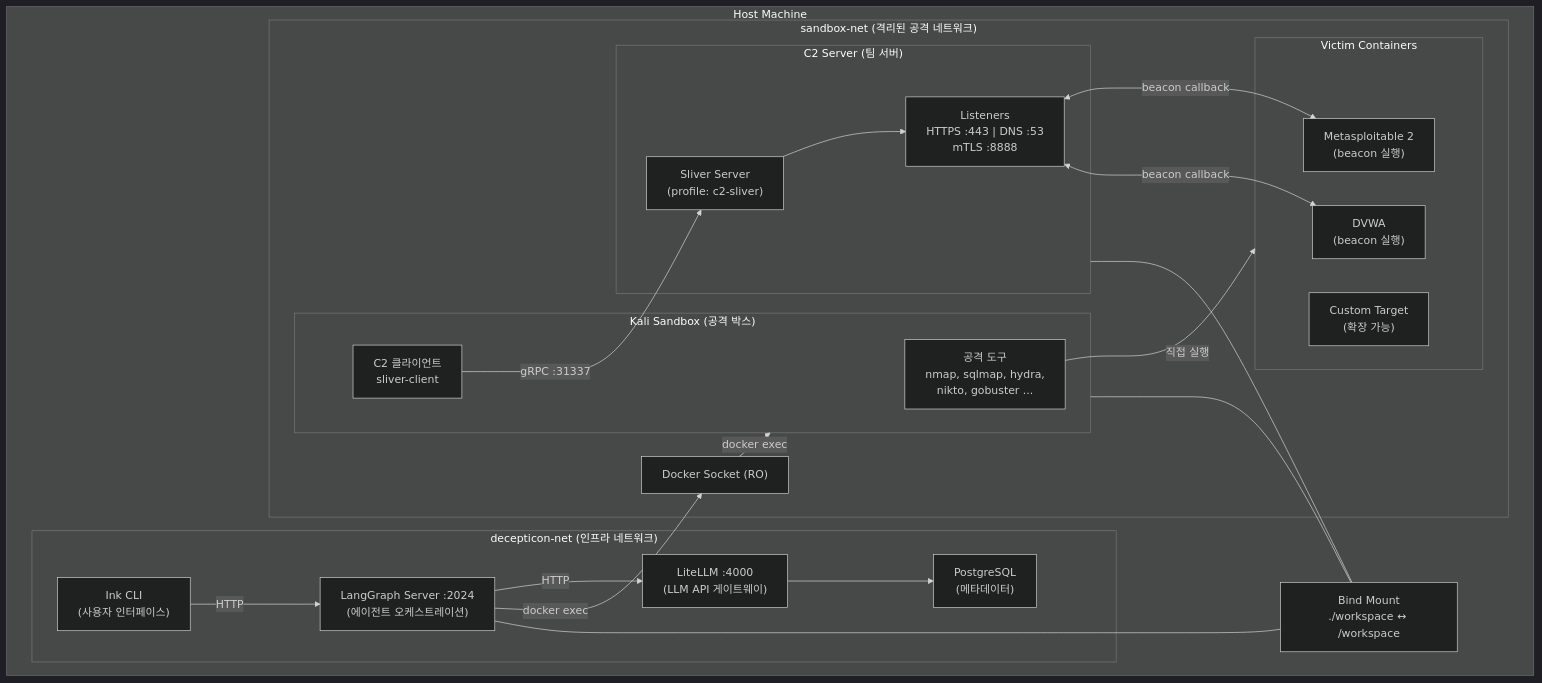
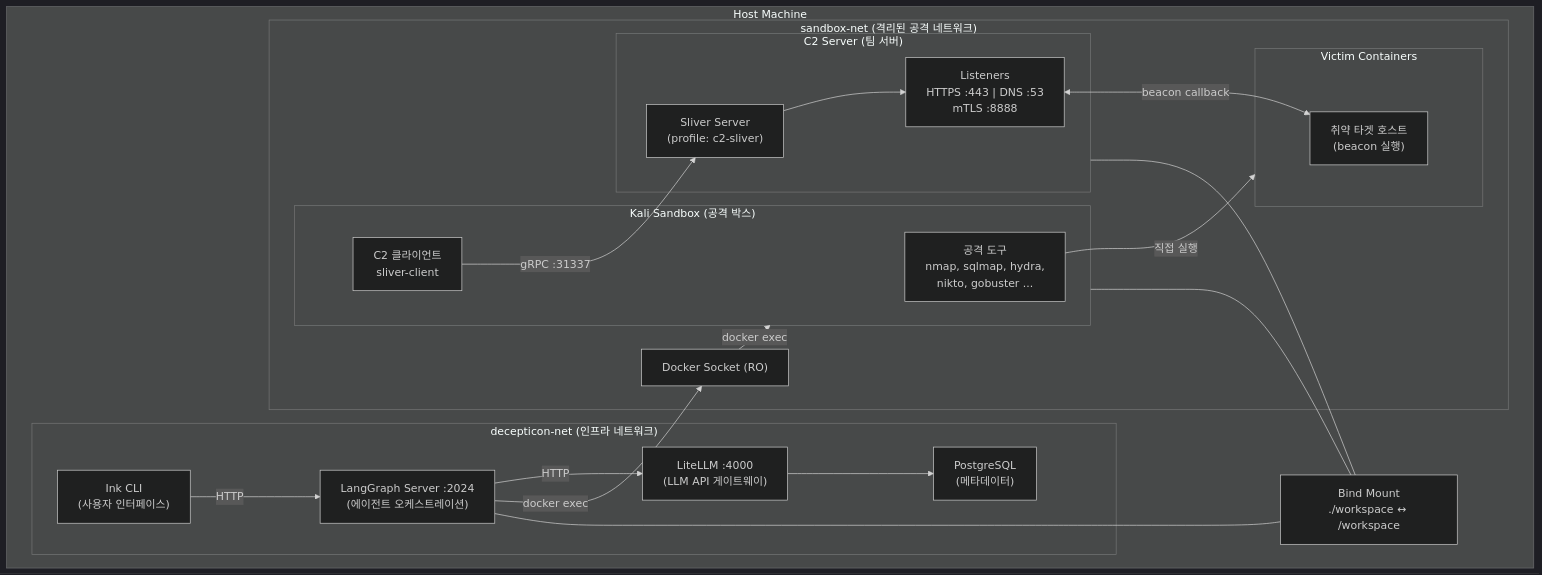
Before and after one commit to musicsms/decepticon: the second of 12 diagrams in docs/architecture/red-team-infrastructure.md, drawn with Mermaid (dark theme). The commit also changed other lines of this file and 19 other files, not shown here.

````diff
--- a/docs/architecture/red-team-infrastructure.md
+++ b/docs/architecture/red-team-infrastructure.md
@@ -98,49 +98,46 @@
 ```mermaid
 graph TB
     subgraph HostMachine["Host Machine"]
 
         subgraph DecepticonNet["decepticon-net (인프라 네트워크)"]
             CLI["Ink CLI<br/>(사용자 인터페이스)"]
             LG["LangGraph Server :2024<br/>(에이전트 오케스트레이션)"]
             LLM["LiteLLM :4000<br/>(LLM API 게이트웨이)"]
             PG["PostgreSQL<br/>(메타데이터)"]
 
             CLI -->|HTTP| LG
             LG -->|HTTP| LLM
             LLM --> PG
         end
 
         SOCK["Docker Socket (RO)"]
         LG -->|docker exec| SOCK
 
         subgraph SandboxNet["sandbox-net (격리된 공격 네트워크)"]
             subgraph Kali["Kali Sandbox (공격 박스)"]
                 TOOLS["공격 도구<br/>nmap, sqlmap, hydra,<br/>nikto, gobuster ..."]
                 CLIENT["C2 클라이언트<br/>sliver-client"]
             end
 
             subgraph C2["C2 Server (팀 서버)"]
                 C2_ENGINE["Sliver Server<br/>(profile: c2-sliver)"]
                 LISTENER["Listeners<br/>HTTPS :443 | DNS :53<br/>mTLS :8888"]
                 C2_ENGINE --> LISTENER
             end
 
             subgraph Targets["Victim Containers"]
-                MSF2["Metasploitable 2<br/>(beacon 실행)"]
-                DVWA["DVWA<br/>(beacon 실행)"]
-                CUSTOM["Custom Target<br/>(확장 가능)"]
+                TARGET["취약 타겟 호스트<br/>(beacon 실행)"]
             end
 
             SOCK -->|docker exec| Kali
             CLIENT -->|gRPC :31337| C2_ENGINE
             TOOLS -->|직접 실행| Targets
-            LISTENER <-->|beacon callback| MSF2
-            LISTENER <-->|beacon callback| DVWA
+            LISTENER <-->|beacon callback| TARGET
         end
 
         WS["Bind Mount<br/>./workspace ↔ /workspace"]
         Kali --- WS
         C2 --- WS
         LG --- WS
     end
 ```
````
